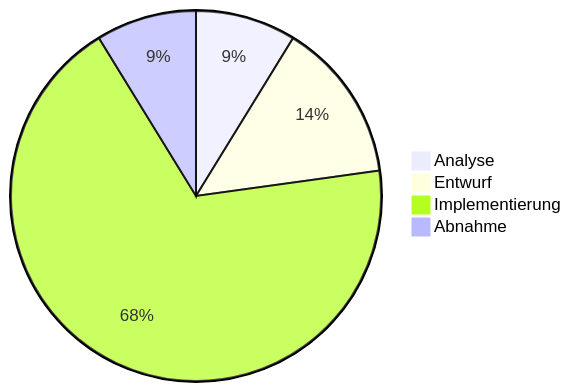
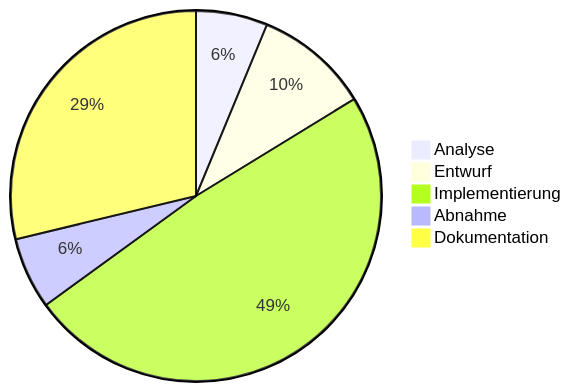
Before and after one commit to thom404/quarto-presentation-ihk: the diagram in mermaid-charts/planung-pie.qmd, drawn with Mermaid. The commit also changed 15 other files, not shown here.

````diff
--- a/mermaid-charts/planung-pie.qmd
+++ b/mermaid-charts/planung-pie.qmd
@@ -1,7 +1,8 @@
 ```{mermaid}
 pie title
     "Analyse" : 5
     "Entwurf" : 8
     "Implementierung" : 39
     "Abnahme" : 5
+    "Dokumentation" : 23
 ```
````
